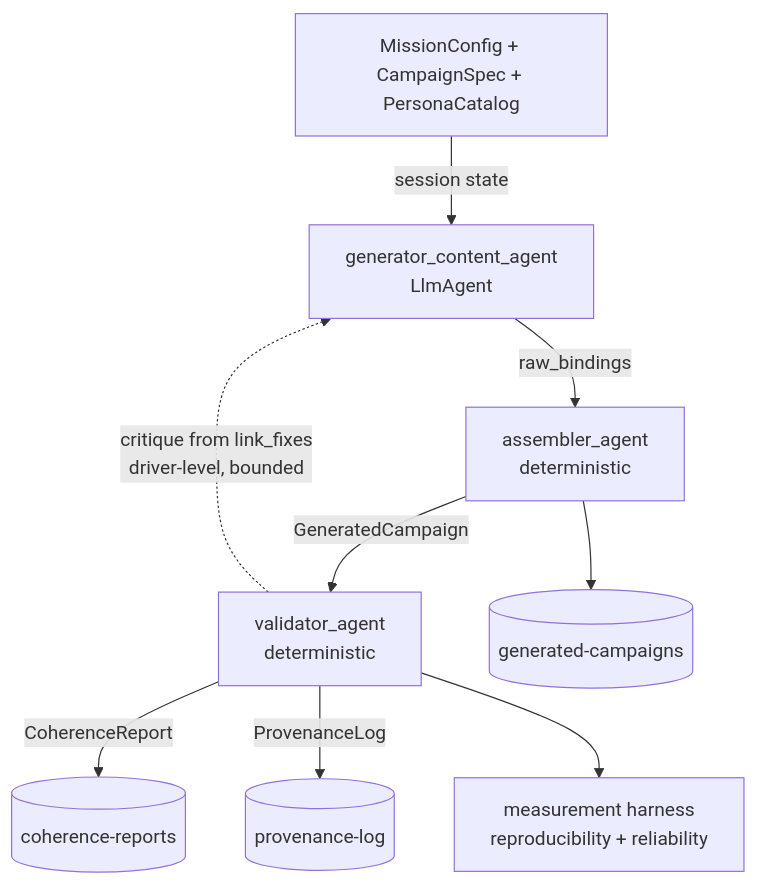
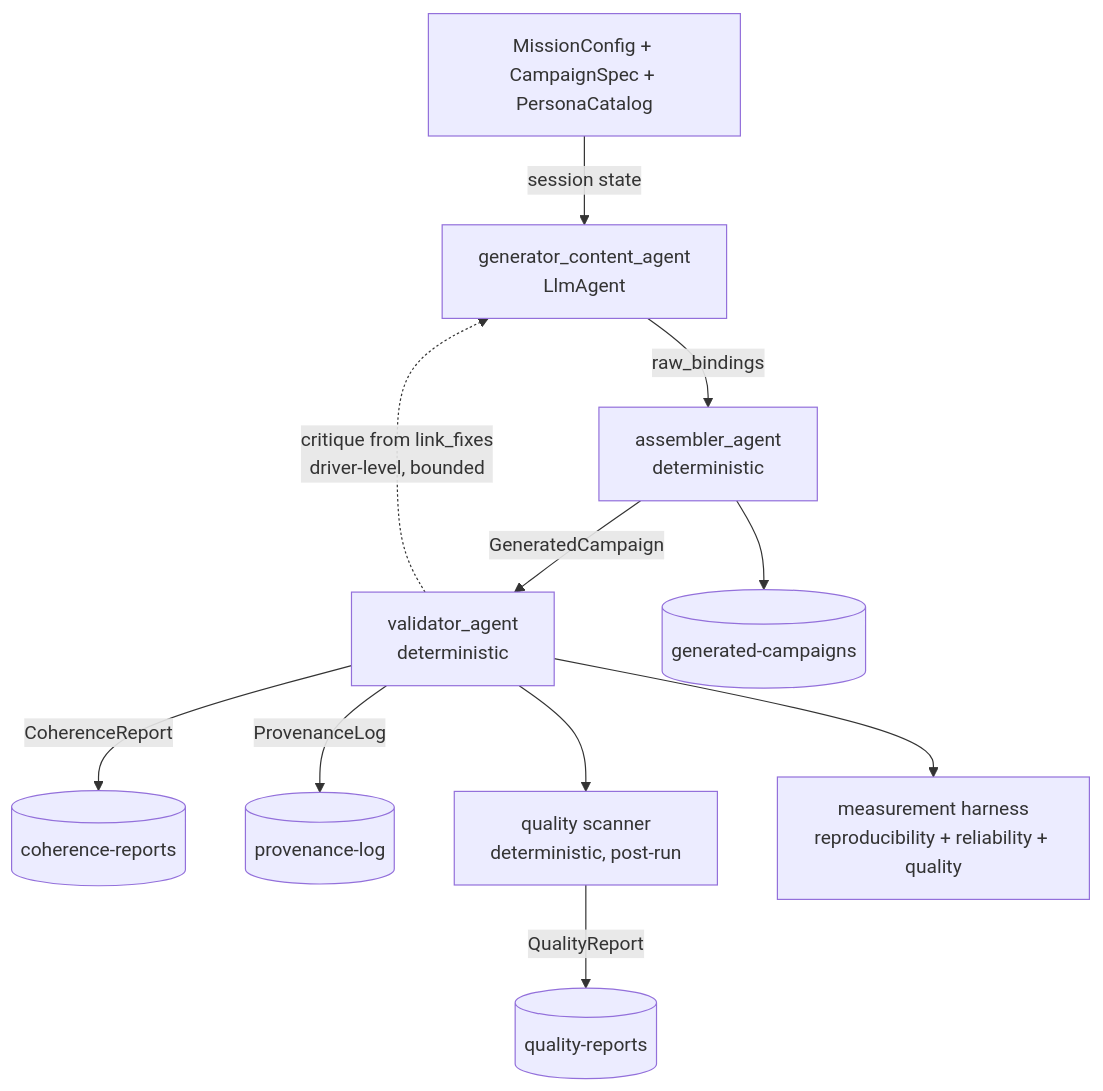
One commit to salog0d/PhishCraft changed the diagram in docs/architecture.md. Above: the diagram before and after it, drawn with Mermaid. The commit also changed other lines of this file and 5 other files, not shown here.

````diff
--- a/docs/architecture.md
+++ b/docs/architecture.md
@@ -139,11 +145,13 @@
 ```mermaid
 flowchart TD
     A[MissionConfig + CampaignSpec + PersonaCatalog] -->|session state| R[generator_content_agent<br/>LlmAgent]
     R -->|raw_bindings| B[assembler_agent<br/>deterministic]
     B -->|GeneratedCampaign| C[validator_agent<br/>deterministic]
     B --> G[(generated-campaigns)]
     C -->|CoherenceReport| H[(coherence-reports)]
     C -->|ProvenanceLog| F[(provenance-log)]
-    C --> M[measurement harness<br/>reproducibility + reliability]
+    C --> Q[quality scanner<br/>deterministic, post-run]
+    Q -->|QualityReport| QS[(quality-reports)]
+    C --> M[measurement harness<br/>reproducibility + reliability + quality]
     C -.->|critique from link_fixes<br/>driver-level, bounded| R
 ```
````
